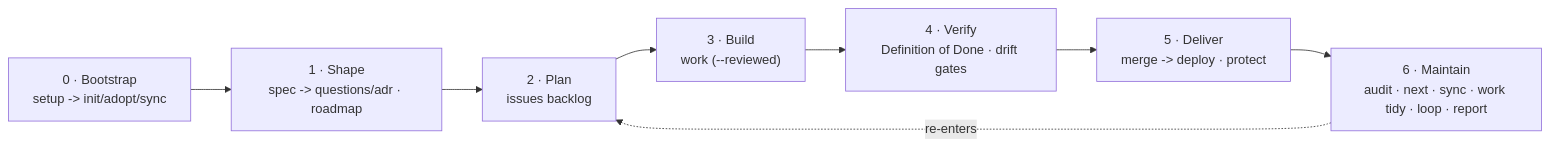
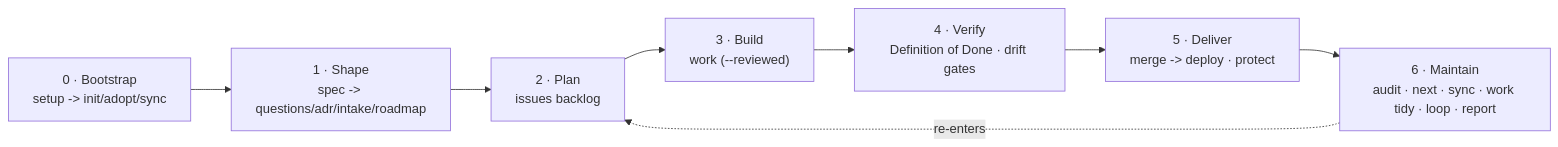
Before and after one commit to element22llc/e22-plugins: the diagram in docs/concepts/sdlc.md, drawn with Mermaid. The commit also changed other lines of this file and 13 other files, not shown here.

````diff
--- a/docs/concepts/sdlc.md
+++ b/docs/concepts/sdlc.md
@@ -16,10 +16,10 @@
 ```mermaid
 flowchart LR
-    B["0 · Bootstrap<br/>setup -> init/adopt/sync"] --> S["1 · Shape<br/>spec -> questions/adr · roadmap"]
+    B["0 · Bootstrap<br/>setup -> init/adopt/sync"] --> S["1 · Shape<br/>spec -> questions/adr/intake/roadmap"]
     S --> P["2 · Plan<br/>issues backlog"]
     P --> W["3 · Build<br/>work (--reviewed)"]
     W --> V["4 · Verify<br/>Definition of Done · drift gates"]
     V --> D["5 · Deliver<br/>merge -> deploy · protect"]
     D --> M["6 · Maintain<br/>audit · next · sync · work tidy · loop · report"]
     M -.re-enters.-> P
 ```
````
